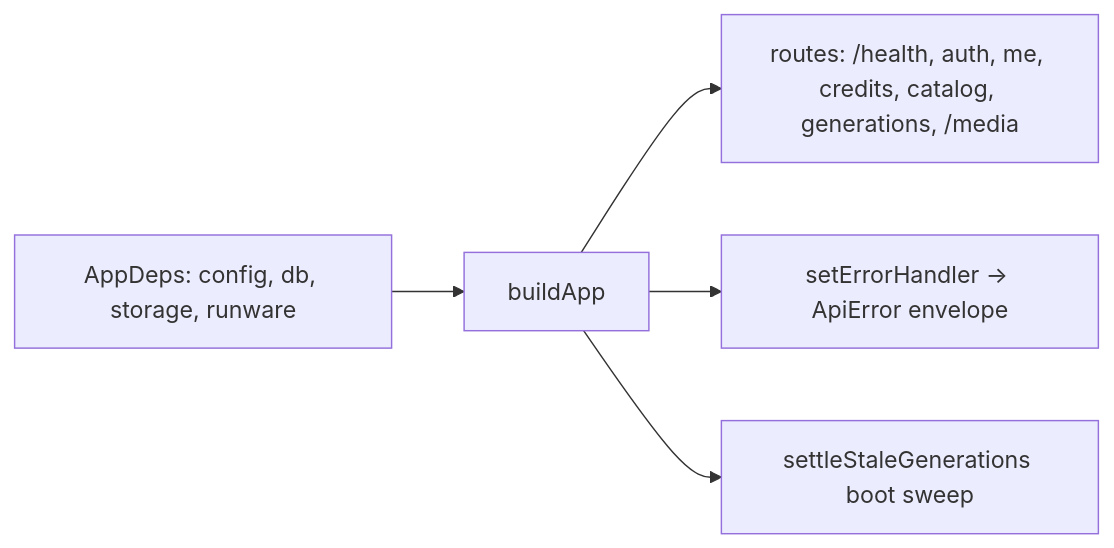
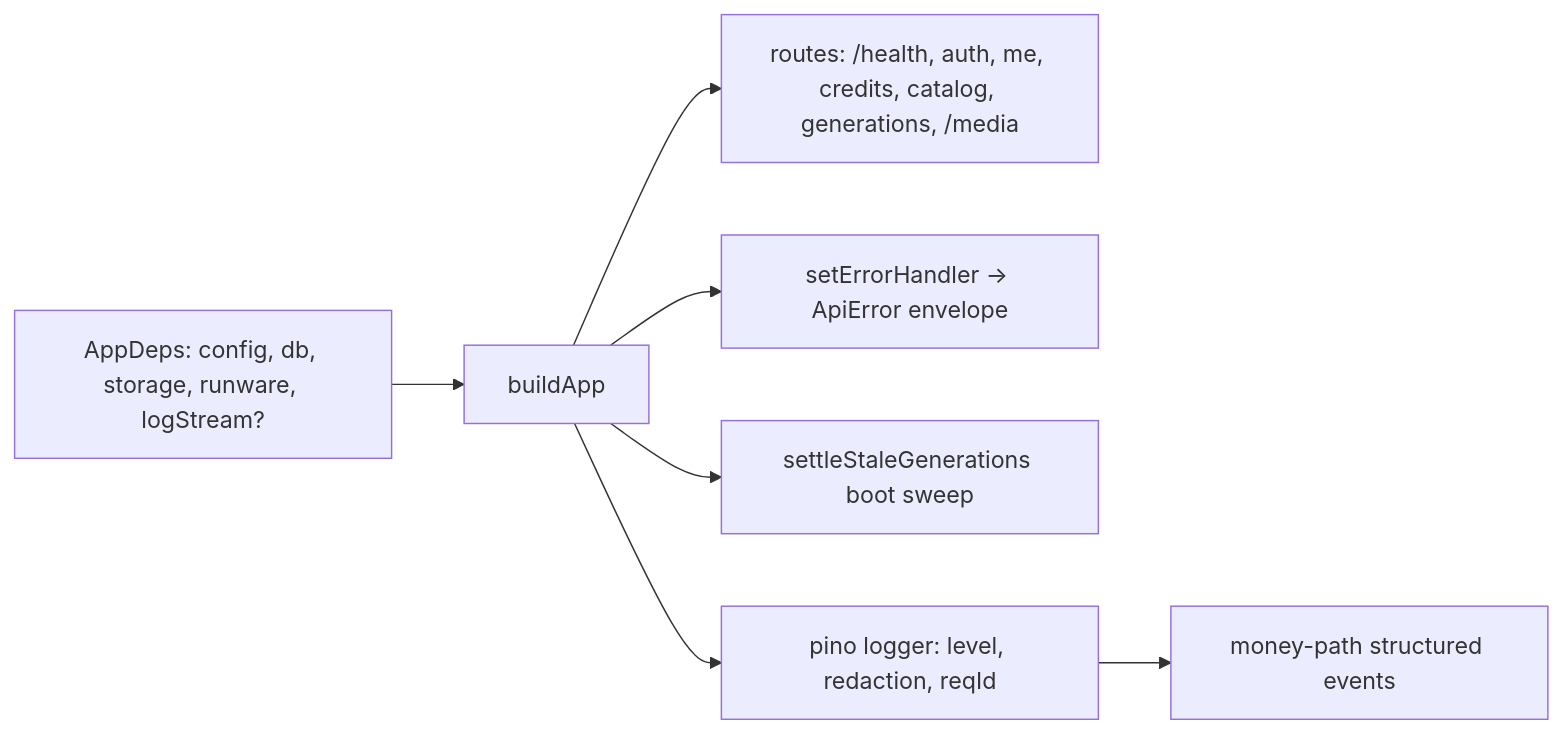
Before and after one commit to AzamatRaimbekov2/openCreate: the diagram in apps/api/src/app.ts.md, drawn with Mermaid. The commit also changed other lines of this file and 15 other files, not shown here.

````diff
--- a/apps/api/src/app.ts.md
+++ b/apps/api/src/app.ts.md
@@ -19,6 +19,7 @@
 ```mermaid
 flowchart LR
-  DEPS[AppDeps: config, db, storage, runware] --> B[buildApp] --> R[routes: /health, auth, me, credits, catalog, generations, /media]
+  DEPS[AppDeps: config, db, storage, runware, logStream?] --> B[buildApp] --> R[routes: /health, auth, me, credits, catalog, generations, /media]
   B --> EH[setErrorHandler → ApiError envelope]
   B --> SW[settleStaleGenerations boot sweep]
+  B --> LG[pino logger: level, redaction, reqId] --> ML[money-path structured events]
 ```
````
